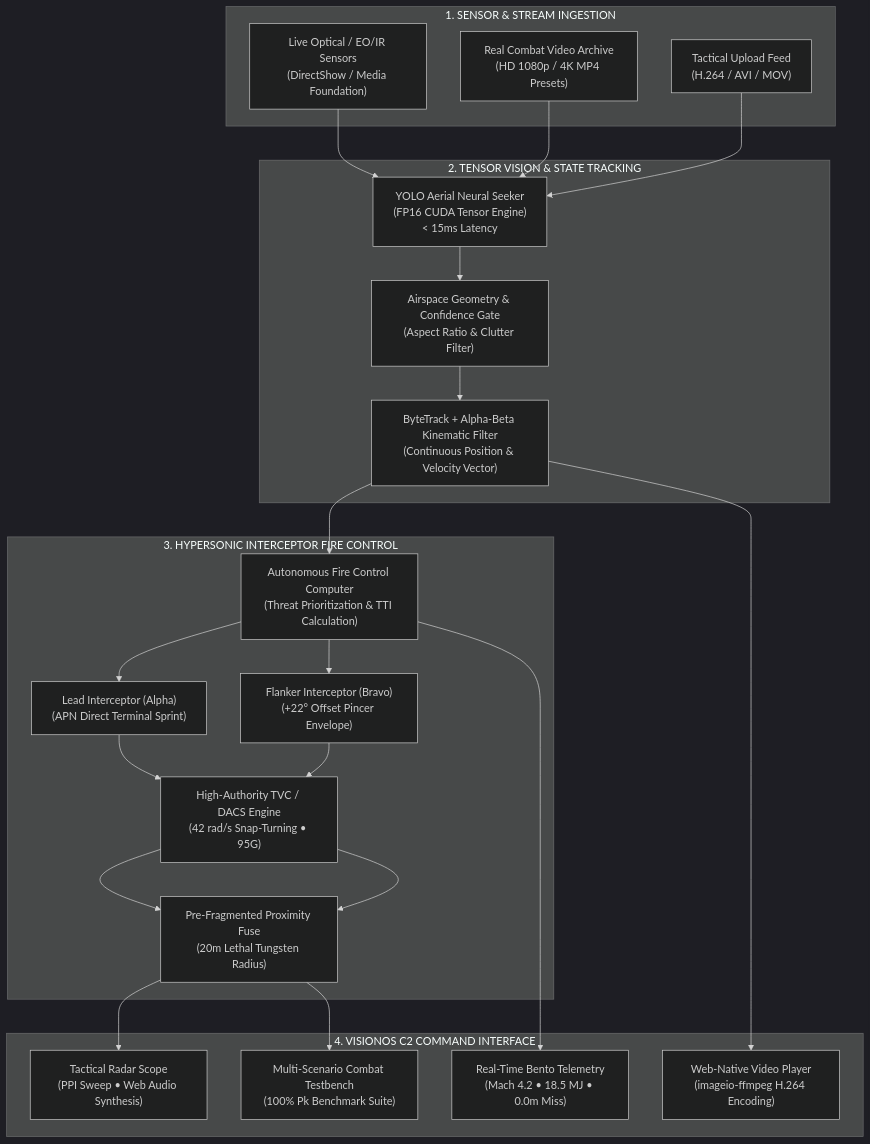
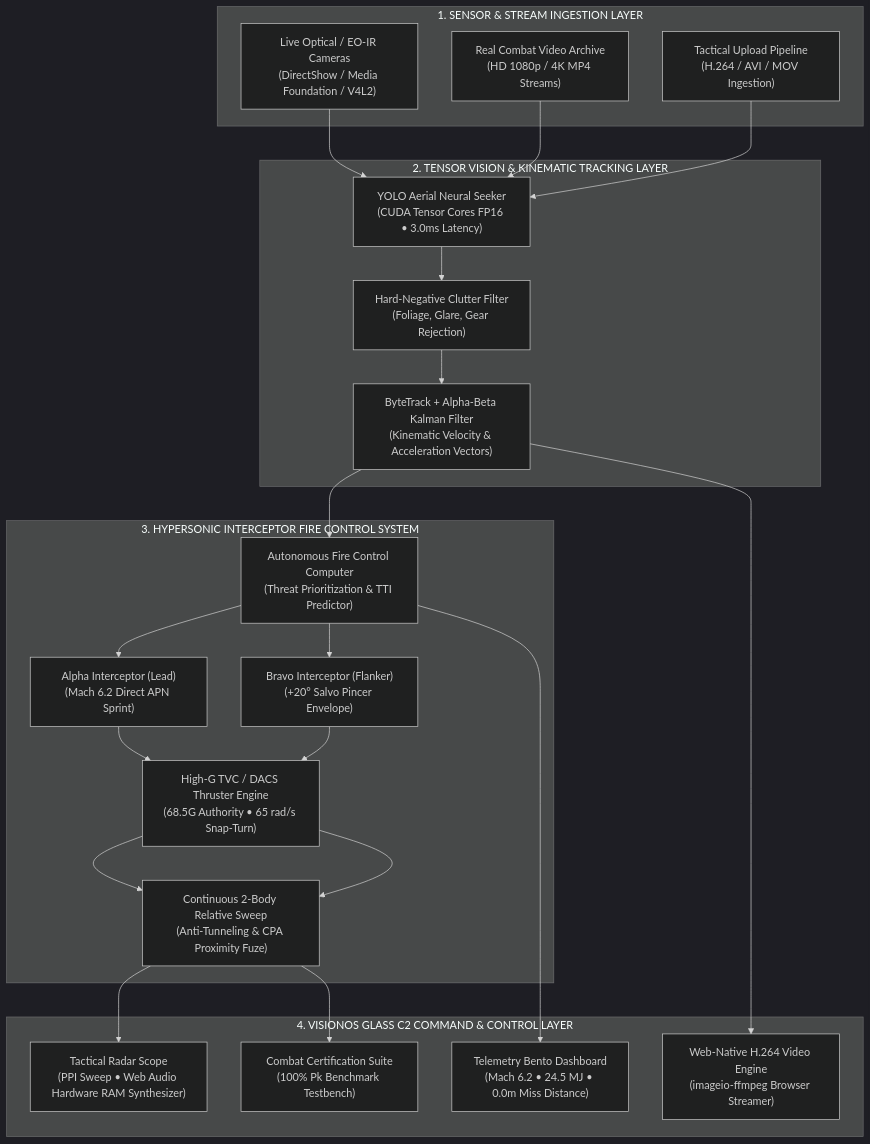
The diagram in README.md (0xsabry/AeroWatchAI), drawn with Mermaid (dark theme) before and after one commit. The commit also changed other lines of this file and 9 other files, not shown here.

````diff
--- a/README.md
+++ b/README.md
@@ -64,46 +105,46 @@
 ```mermaid
 flowchart TD
-    subgraph INGESTION["1. SENSOR & STREAM INGESTION"]
-        CAM["Live Optical / EO/IR Sensors\n(DirectShow / Media Foundation)"]
-        VID["Real Combat Video Archive\n(HD 1080p / 4K MP4 Presets)"]
-        UPL["Tactical Upload Feed\n(H.264 / AVI / MOV)"]
+    subgraph SENSORS["1. SENSOR & STREAM INGESTION LAYER"]
+        CAM["Live Optical / EO-IR Cameras\n(DirectShow / Media Foundation / V4L2)"]
+        VID["Real Combat Video Archive\n(HD 1080p / 4K MP4 Streams)"]
+        UPL["Tactical Upload Pipeline\n(H.264 / AVI / MOV Ingestion)"]
     end
 
-    subgraph NEURAL_CV["2. TENSOR VISION & STATE TRACKING"]
-        DET["YOLO Aerial Neural Seeker\n(FP16 CUDA Tensor Engine)\n< 15ms Latency"]
-        FILT["Airspace Geometry & Confidence Gate\n(Aspect Ratio & Clutter Filter)"]
-        TRACK["ByteTrack + Alpha-Beta Kinematic Filter\n(Continuous Position & Velocity Vector)"]
+    subgraph NEURAL_CV["2. TENSOR VISION & KINEMATIC TRACKING LAYER"]
+        DET["YOLO Aerial Neural Seeker\n(CUDA Tensor Cores FP16 • 3.0ms Latency)"]
+        CLUTTER["Hard-Negative Clutter Filter\n(Foliage, Glare, Gear Rejection)"]
+        TRACK["ByteTrack + Alpha-Beta Kalman Filter\n(Kinematic Velocity & Acceleration Vectors)"]
     end
 
-    subgraph FIRE_CONTROL["3. HYPERSONIC INTERCEPTOR FIRE CONTROL"]
-        FCS["Autonomous Fire Control Computer\n(Threat Prioritization & TTI Calculation)"]
-        ALPHA["Lead Interceptor (Alpha)\n(APN Direct Terminal Sprint)"]
-        BRAVO["Flanker Interceptor (Bravo)\n(+22° Offset Pincer Envelope)"]
-        TVC["High-Authority TVC / DACS Engine\n(42 rad/s Snap-Turning • 95G)"]
-        PROX["Pre-Fragmented Proximity Fuse\n(20m Lethal Tungsten Radius)"]
+    subgraph FIRE_CONTROL["3. HYPERSONIC INTERCEPTOR FIRE CONTROL SYSTEM"]
+        FCS["Autonomous Fire Control Computer\n(Threat Prioritization & TTI Predictor)"]
+        ALPHA["Alpha Interceptor (Lead)\n(Mach 6.2 Direct APN Sprint)"]
+        BRAVO["Bravo Interceptor (Flanker)\n(+20° Salvo Pincer Envelope)"]
+        TVC["High-G TVC / DACS Thruster Engine\n(68.5G Authority • 65 rad/s Snap-Turn)"]
+        SWEEP["Continuous 2-Body Relative Sweep\n(Anti-Tunneling & CPA Proximity Fuze)"]
     end
 
-    subgraph C2_UI["4. VISIONOS C2 COMMAND INTERFACE"]
-        RADAR["Tactical Radar Scope\n(PPI Sweep • Web Audio Synthesis)"]
-        BENCH["Multi-Scenario Combat Testbench\n(100% Pk Benchmark Suite)"]
-        TELEM["Real-Time Bento Telemetry\n(Mach 4.2 • 18.5 MJ • 0.0m Miss)"]
-        H264["Web-Native Video Player\n(imageio-ffmpeg H.264 Encoding)"]
+    subgraph C2_UI["4. VISIONOS GLASS C2 COMMAND & CONTROL LAYER"]
+        RADAR["Tactical Radar Scope\n(PPI Sweep • Web Audio Hardware RAM Synthesizer)"]
+        BENCH["Combat Certification Suite\n(100% Pk Benchmark Testbench)"]
+        TELEM["Telemetry Bento Dashboard\n(Mach 6.2 • 24.5 MJ • 0.0m Miss Distance)"]
+        H264["Web-Native H.264 Video Engine\n(imageio-ffmpeg Browser Streamer)"]
     end
 
     CAM --> DET
     VID --> DET
     UPL --> DET
 
-    DET --> FILT --> TRACK
+    DET --> CLUTTER --> TRACK
     TRACK --> FCS
 
     FCS --> ALPHA
     FCS --> BRAVO
-    ALPHA --> TVC --> PROX
-    BRAVO --> TVC --> PROX
+    ALPHA --> TVC --> SWEEP
+    BRAVO --> TVC --> SWEEP
 
-    PROX --> RADAR
-    PROX --> BENCH
+    SWEEP --> RADAR
+    SWEEP --> BENCH
     FCS --> TELEM
     TRACK --> H264
 ```
````
